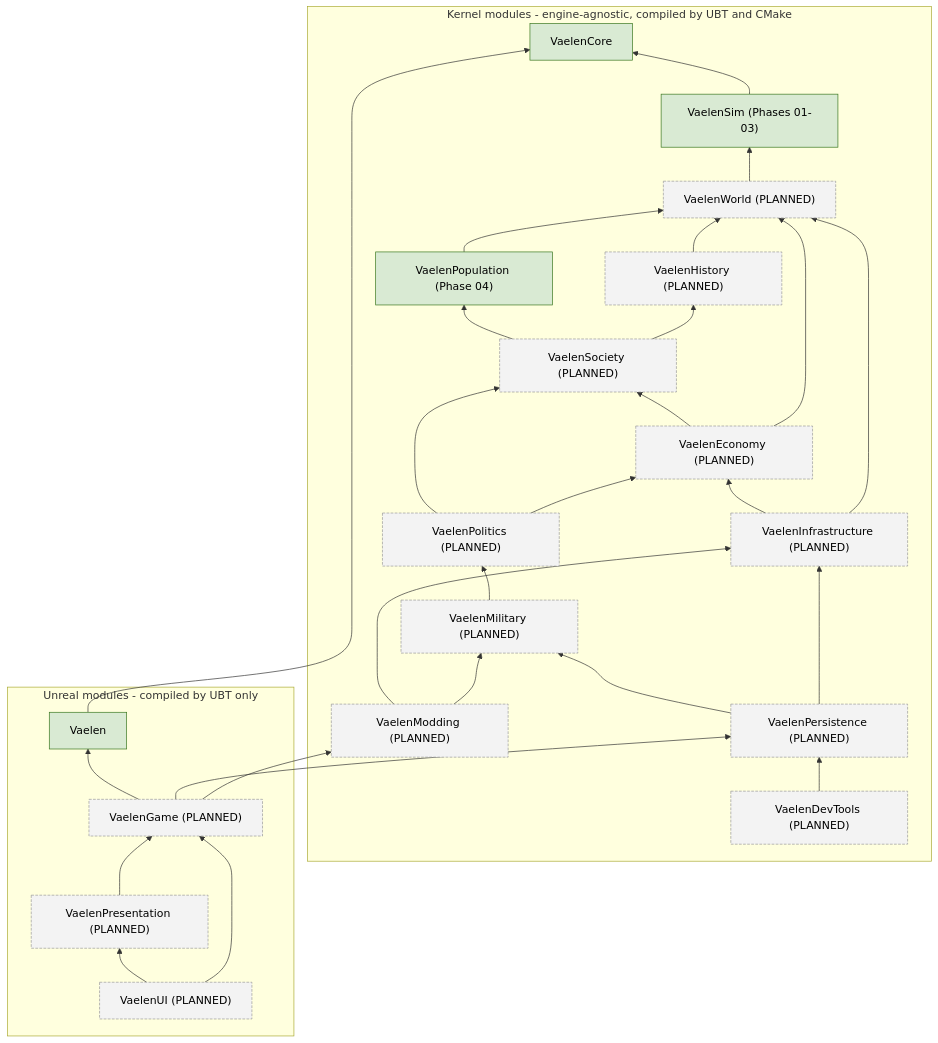
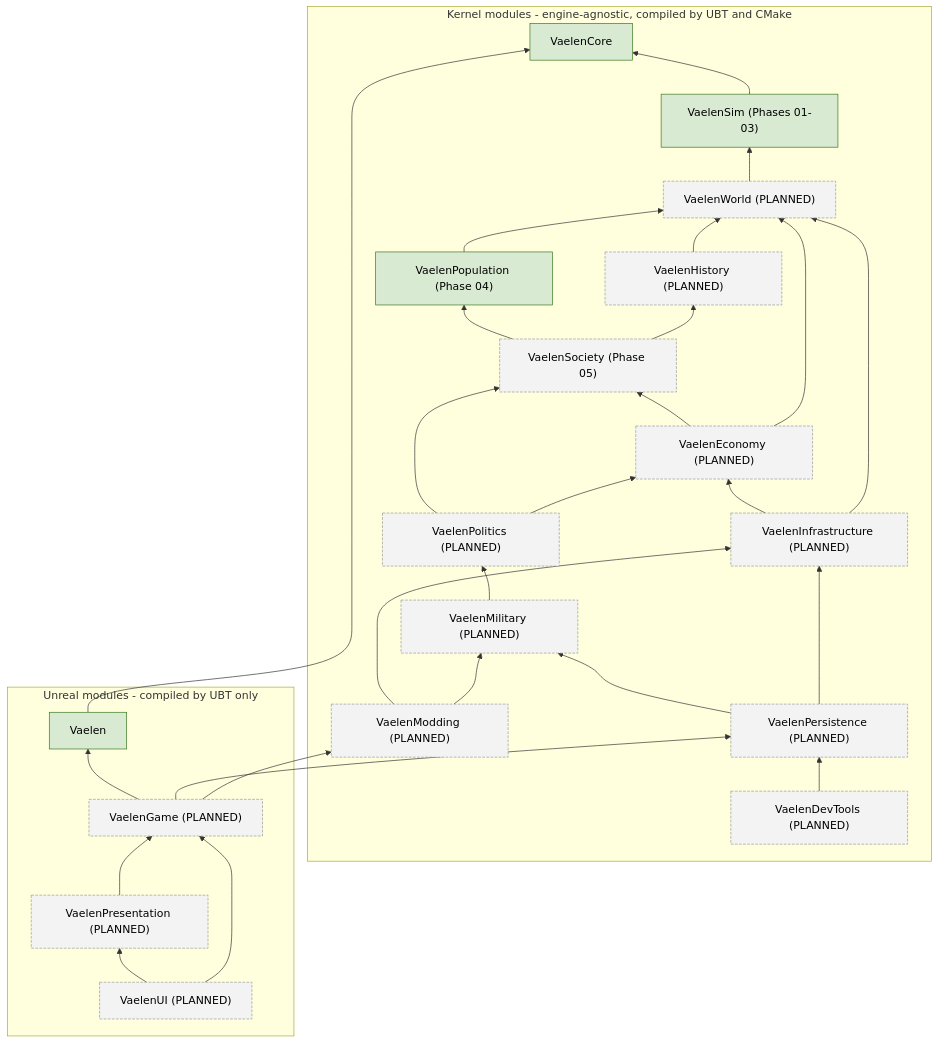
One commit to Thomas10112/vaelen changed the second of 2 diagrams in Docs/ARCHITECTURE.md. Above: the diagram before and after it, drawn with Mermaid. The commit also changed other lines of this file and 18 other files, not shown here.

````diff
--- a/Docs/ARCHITECTURE.md
+++ b/Docs/ARCHITECTURE.md
@@ -167,56 +168,56 @@
 ```mermaid
 flowchart BT
     subgraph Kernel["Kernel modules - engine-agnostic, compiled by UBT and CMake"]
         Core["VaelenCore"]
         Sim["VaelenSim (Phases 01-03)"]
         World["VaelenWorld (PLANNED)"]
         History["VaelenHistory (PLANNED)"]
         Population["VaelenPopulation (Phase 04)"]
-        Society["VaelenSociety (PLANNED)"]
+        Society["VaelenSociety (Phase 05)"]
         Economy["VaelenEconomy (PLANNED)"]
         Politics["VaelenPolitics (PLANNED)"]
         Military["VaelenMilitary (PLANNED)"]
         Infrastructure["VaelenInfrastructure (PLANNED)"]
         Persistence["VaelenPersistence (PLANNED)"]
         DevTools["VaelenDevTools (PLANNED)"]
         Modding["VaelenModding (PLANNED)"]
     end
     subgraph Unreal["Unreal modules - compiled by UBT only"]
         Bridge["Vaelen"]
         Game["VaelenGame (PLANNED)"]
         Presentation["VaelenPresentation (PLANNED)"]
         UI["VaelenUI (PLANNED)"]
     end
 
     Sim --> Core
     World --> Sim
     History --> World
     Population --> World
     Society --> Population
     Society --> History
     Economy --> Society
     Economy --> World
     Politics --> Society
     Politics --> Economy
     Military --> Politics
     Infrastructure --> Economy
     Infrastructure --> World
     Persistence --> Military
     Persistence --> Infrastructure
     DevTools --> Persistence
     Modding --> Infrastructure
     Modding --> Military
 
     Bridge --> Core
     Game --> Bridge
     Game --> Persistence
     Game --> Modding
     Presentation --> Game
     UI --> Presentation
     UI --> Game
 
     classDef existing fill:#d9ead3,stroke:#38761d,color:#000;
     classDef planned fill:#f3f3f3,stroke:#999,color:#000,stroke-dasharray: 4 2;
     class Core,Bridge,Sim,Population existing;
     class World,History,Society,Economy,Politics,Military,Infrastructure,Persistence,DevTools,Modding,Game,Presentation,UI planned;
 ```
````
